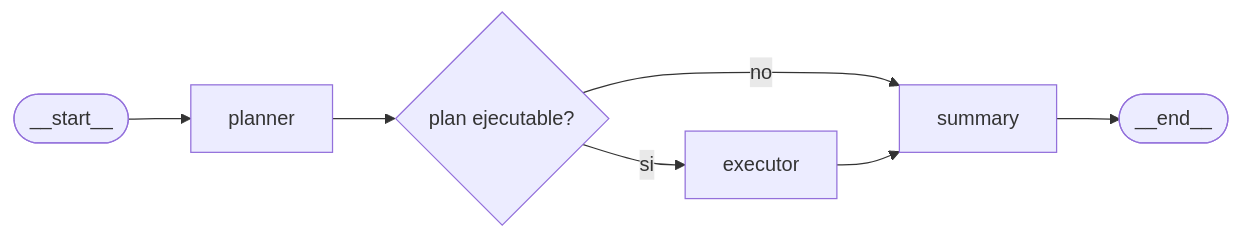
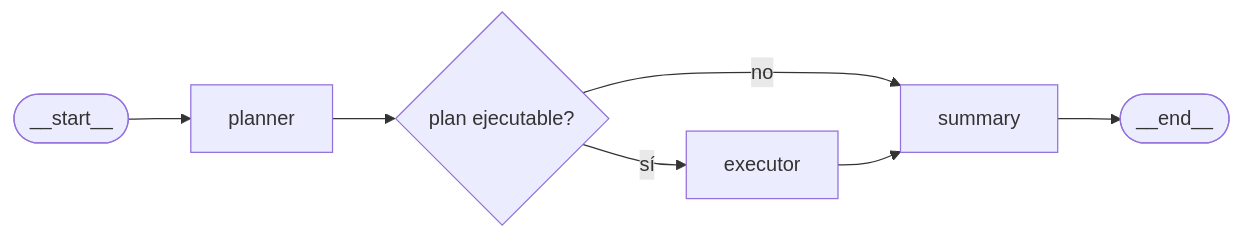
Before and after one commit to lukacerr/patagonia: the diagram in README.md, drawn with Mermaid. The commit also changed other lines of this file, not shown here.

````diff
--- a/README.md
+++ b/README.md
@@ -19,9 +19,9 @@
 ```mermaid
 flowchart LR
     START([__start__]) --> planner[planner]
     planner --> route{plan ejecutable?}
-    route -->|si| executor[executor]
+    route -->|sí| executor[executor]
     route -->|no| summary[summary]
     executor --> summary
     summary --> END([__end__])
 ```
````
